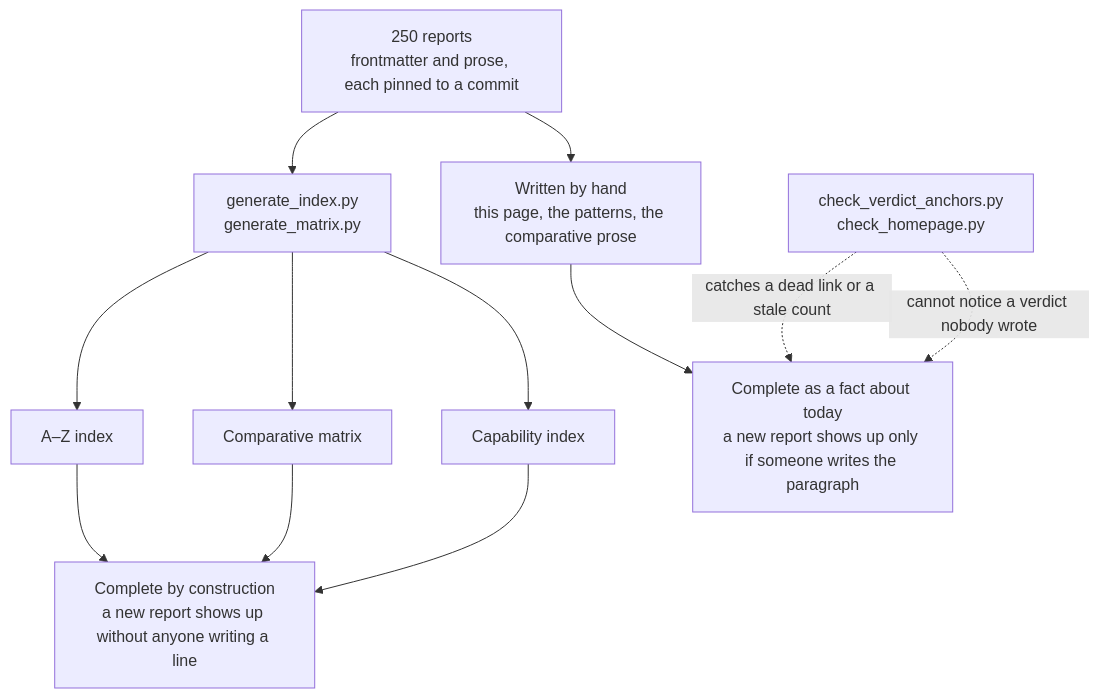
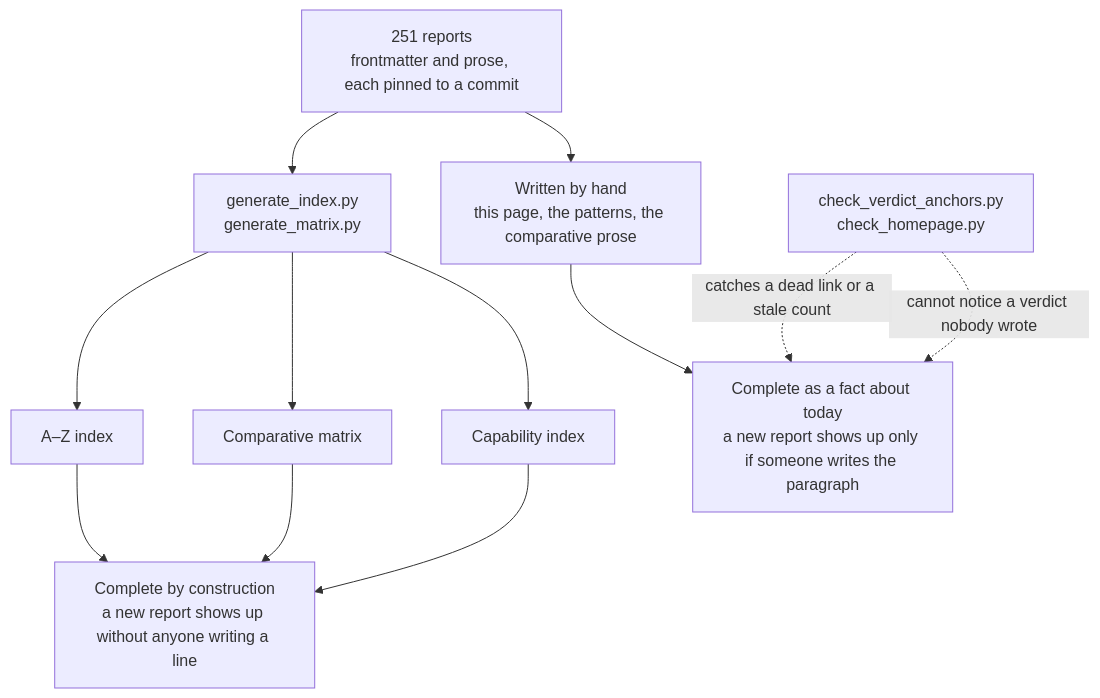
The diagram in content/verdicts.md (neoneye/agent-memory-atlas), drawn with Mermaid before and after one commit. The commit also changed other lines of this file and 22 other files, not shown here.

````diff
--- a/content/verdicts.md
+++ b/content/verdicts.md
@@ -40,15 +40,15 @@
 ```mermaid
 flowchart TD
-    R["250 reports<br/>frontmatter and prose, each pinned to a commit"]
+    R["251 reports<br/>frontmatter and prose, each pinned to a commit"]
     R --> GEN["generate_index.py<br/>generate_matrix.py"]
     R --> HAND["Written by hand<br/>this page, the patterns, the comparative prose"]
     GEN --> AZ["A–Z index"]
     GEN --> MX["Comparative matrix"]
     GEN --> CI["Capability index"]
     AZ --> CONST["Complete by construction<br/>a new report shows up without anyone writing a line"]
     MX --> CONST
     CI --> CONST
     HAND --> TODAY["Complete as a fact about today<br/>a new report shows up only if someone writes the paragraph"]
     CHK["check_verdict_anchors.py<br/>check_homepage.py"] -.->|"catches a dead link or a stale count"| TODAY
     CHK -.->|"cannot notice a verdict nobody wrote"| TODAY
 ```
````
